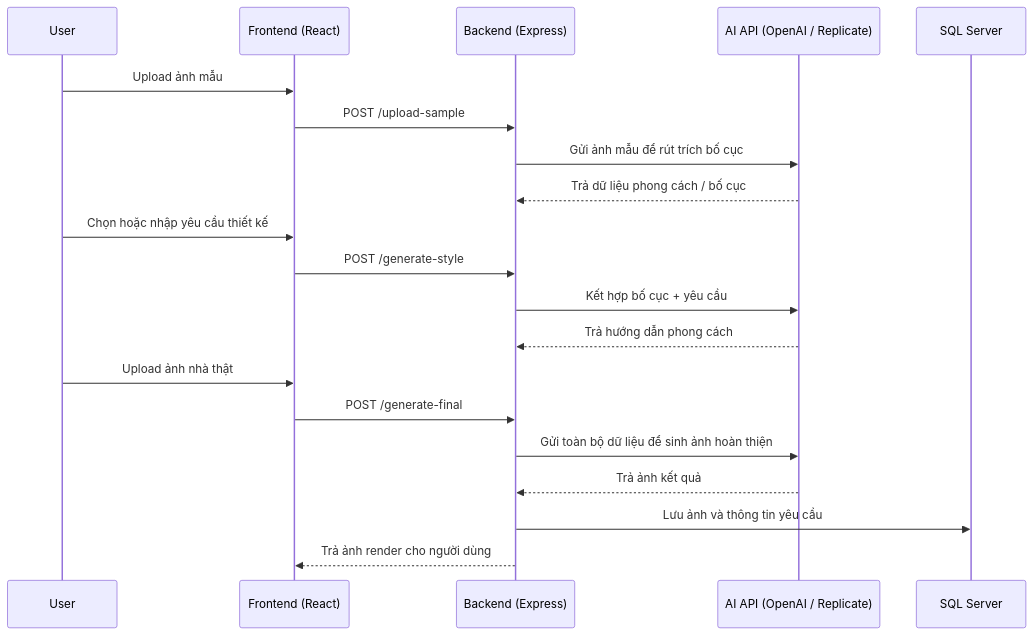
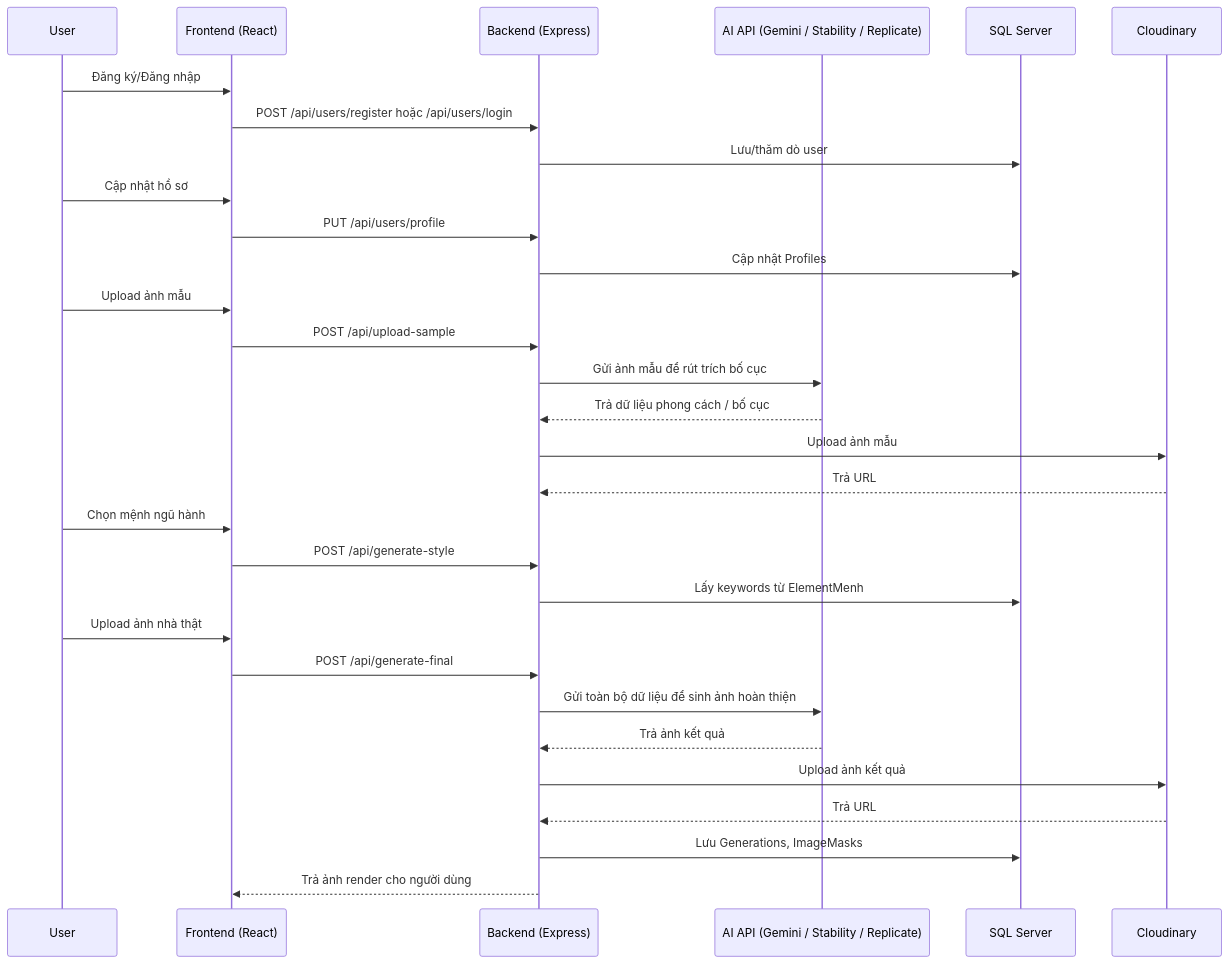
Before and after one commit to fugdin/NgoaiThat-AI: the fourth of 4 diagrams in README.md, drawn with Mermaid. The commit also changed other lines of this file, not shown here.

Commit message:
Phân tích thiết kế hệ thống

````diff
--- a/README.md
+++ b/README.md
@@ -184,23 +431,33 @@
 ```mermaid
 sequenceDiagram
     participant U as User
     participant FE as Frontend (React)
     participant BE as Backend (Express)
-    participant AI as AI API (OpenAI / Replicate)
+    participant AI as AI API (Gemini / Stability / Replicate)
     participant DB as SQL Server
+    participant CL as Cloudinary
 
+    U->>FE: Đăng ký/Đăng nhập
+    FE->>BE: POST /api/users/register hoặc /api/users/login
+    BE->>DB: Lưu/thăm dò user
+    U->>FE: Cập nhật hồ sơ
+    FE->>BE: PUT /api/users/profile
+    BE->>DB: Cập nhật Profiles
     U->>FE: Upload ảnh mẫu
-    FE->>BE: POST /upload-sample
+    FE->>BE: POST /api/upload-sample
     BE->>AI: Gửi ảnh mẫu để rút trích bố cục
     AI-->>BE: Trả dữ liệu phong cách / bố cục
-    U->>FE: Chọn hoặc nhập yêu cầu thiết kế
-    FE->>BE: POST /generate-style
-    BE->>AI: Kết hợp bố cục + yêu cầu
-    AI-->>BE: Trả hướng dẫn phong cách
+    BE->>CL: Upload ảnh mẫu
+    CL-->>BE: Trả URL
+    U->>FE: Chọn mệnh ngũ hành
+    FE->>BE: POST /api/generate-style
+    BE->>DB: Lấy keywords từ ElementMenh
     U->>FE: Upload ảnh nhà thật
-    FE->>BE: POST /generate-final
+    FE->>BE: POST /api/generate-final
     BE->>AI: Gửi toàn bộ dữ liệu để sinh ảnh hoàn thiện
     AI-->>BE: Trả ảnh kết quả
-    BE->>DB: Lưu ảnh và thông tin yêu cầu
+    BE->>CL: Upload ảnh kết quả
+    CL-->>BE: Trả URL
+    BE->>DB: Lưu Generations, ImageMasks
     BE-->>FE: Trả ảnh render cho người dùng
 ```
````
